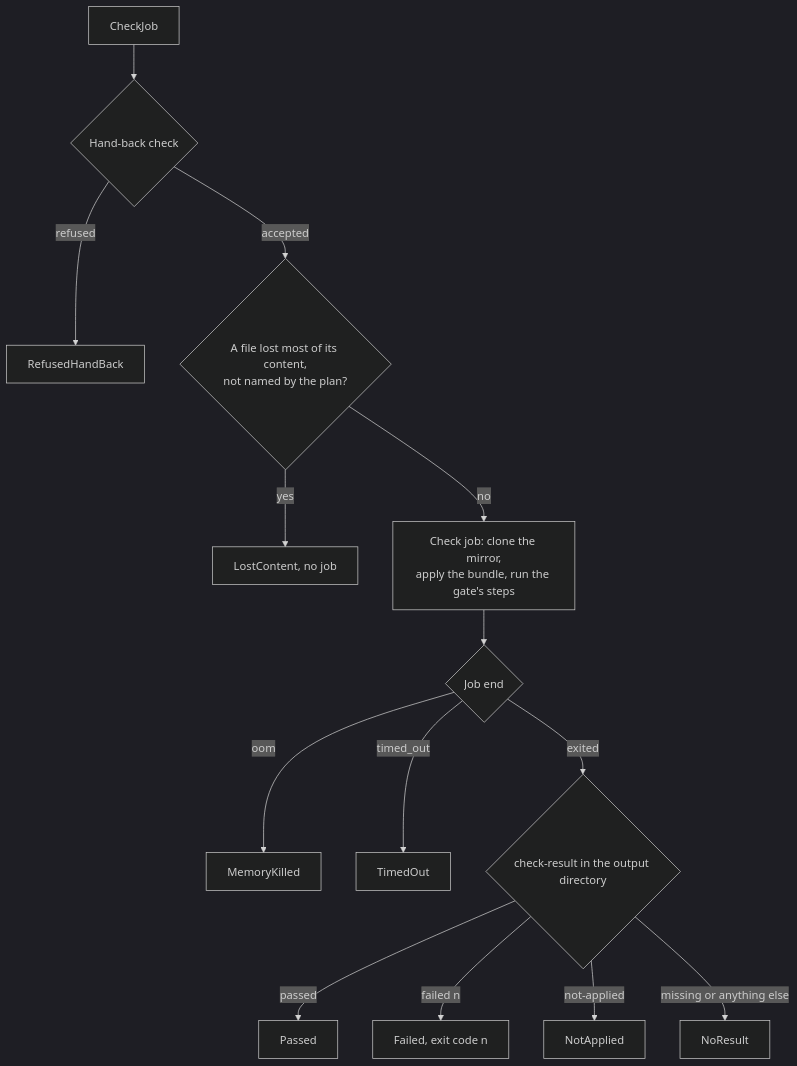
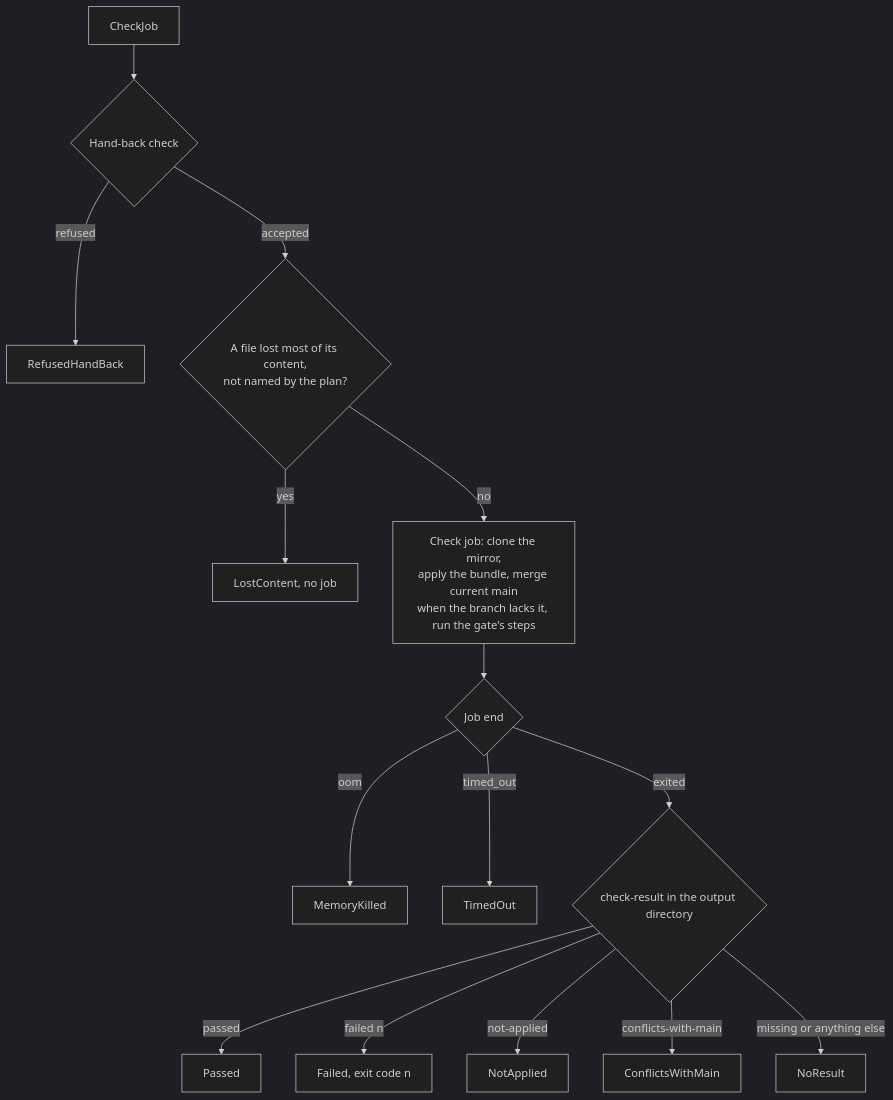
The diagram in docs/architecture/check-job.md (shinyredapples/intakt), drawn with Mermaid (dark theme) before and after one commit. The commit also changed other lines of this file and 5 other files, not shown here.

Commit message:
docs(build): describe the pre-push check on the head merged with current main

````diff
--- a/docs/architecture/check-job.md
+++ b/docs/architecture/check-job.md
@@ -9,16 +9,17 @@
 ```mermaid
 flowchart TD
   start[CheckJob] --> handBack{Hand-back check}
   handBack -- refused --> refused[RefusedHandBack]
   handBack -- accepted --> lost{A file lost most of its content,<br/>not named by the plan?}
   lost -- yes --> lostContent[LostContent, no job]
-  lost -- no --> job[Check job: clone the mirror,<br/>apply the bundle, run the gate's steps]
+  lost -- no --> job[Check job: clone the mirror,<br/>apply the bundle, merge current main<br/>when the branch lacks it, run the gate's steps]
   job --> cause{Job end}
   cause -- oom --> oom[MemoryKilled]
   cause -- timed_out --> timedOut[TimedOut]
   cause -- exited --> result{check-result in the output directory}
   result -- passed --> passed[Passed]
   result -- "failed n" --> failed[Failed, exit code n]
   result -- not-applied --> notApplied[NotApplied]
+  result -- conflicts-with-main --> conflicts[ConflictsWithMain]
   result -- "missing or anything else" --> noResult[NoResult]
 ```
````
